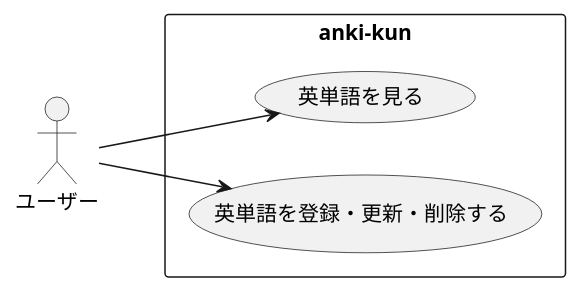
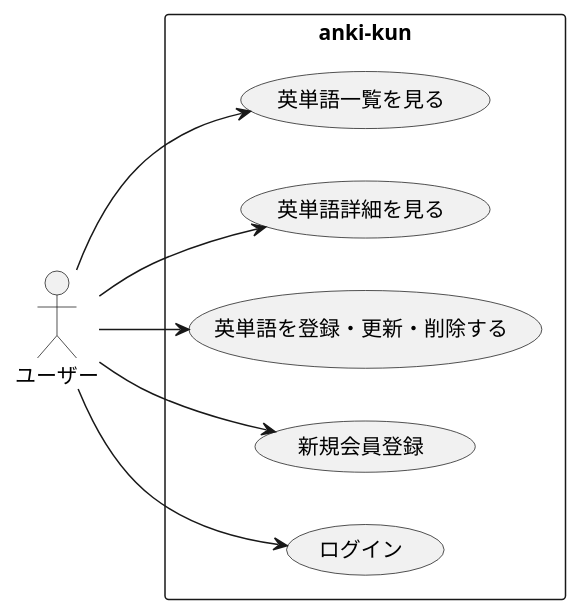
One commit to Keito654/anki-kun changed the diagram in 要件定義/ユースケース図.pu. Above: the diagram before and after it, drawn with PlantUML.

Commit message:
追加

```diff
--- a/要件定義/ユースケース図.pu
+++ b/要件定義/ユースケース図.pu
@@ -1,10 +1,16 @@
 @startuml ユースケース図
 left to right direction
 :ユーザー: as user
 rectangle "anki-kun" {
-  usecase "英単語を見る" as R1
+  usecase "英単語一覧を見る" as R1
+  usecase "英単語詳細を見る" as detail
   usecase "英単語を登録・更新・削除する" as R2
+  usecase "新規会員登録" as R3
+  usecase "ログイン" as R4
 }
 user --> R1
 user --> R2
+user --> R3
+user --> R4
+user --> detail
 @enduml
```
